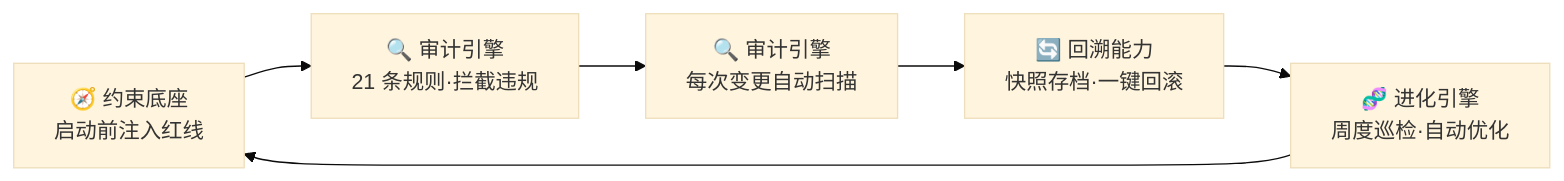
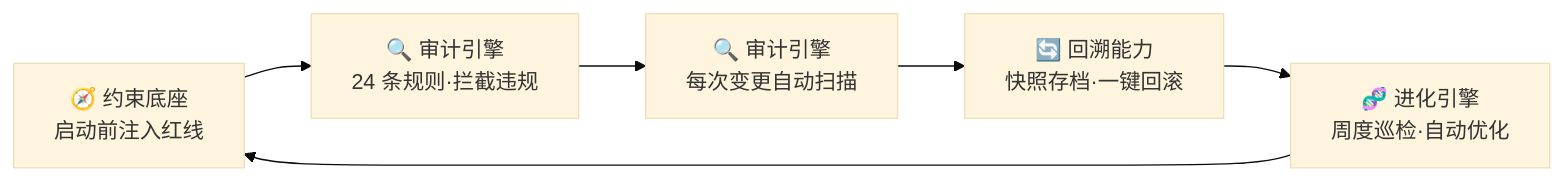
The fourth of 8 diagrams in docs/ARCHITECTURE.md (KongFangXun/sofagent), drawn with Mermaid (base theme) before and after one commit. The commit also changed other lines of this file and 6 other files, not shown here.

````diff
--- a/docs/ARCHITECTURE.md
+++ b/docs/ARCHITECTURE.md
@@ -191,8 +191,8 @@
 ```mermaid
 graph LR
-    A["🧭 约束底座<br/>启动前注入红线"] --> B["🔍 审计引擎<br/>21 条规则·拦截违规"]
+    A["🧭 约束底座<br/>启动前注入红线"] --> B["🔍 审计引擎<br/>24 条规则·拦截违规"]
     B --> C["🔍 审计引擎<br/>每次变更自动扫描"]
     C --> D["🔄 回溯能力<br/>快照存档·一键回滚"]
     D --> E["🧬 进化引擎<br/>周度巡检·自动优化"]
     E --> A
 ```
````
